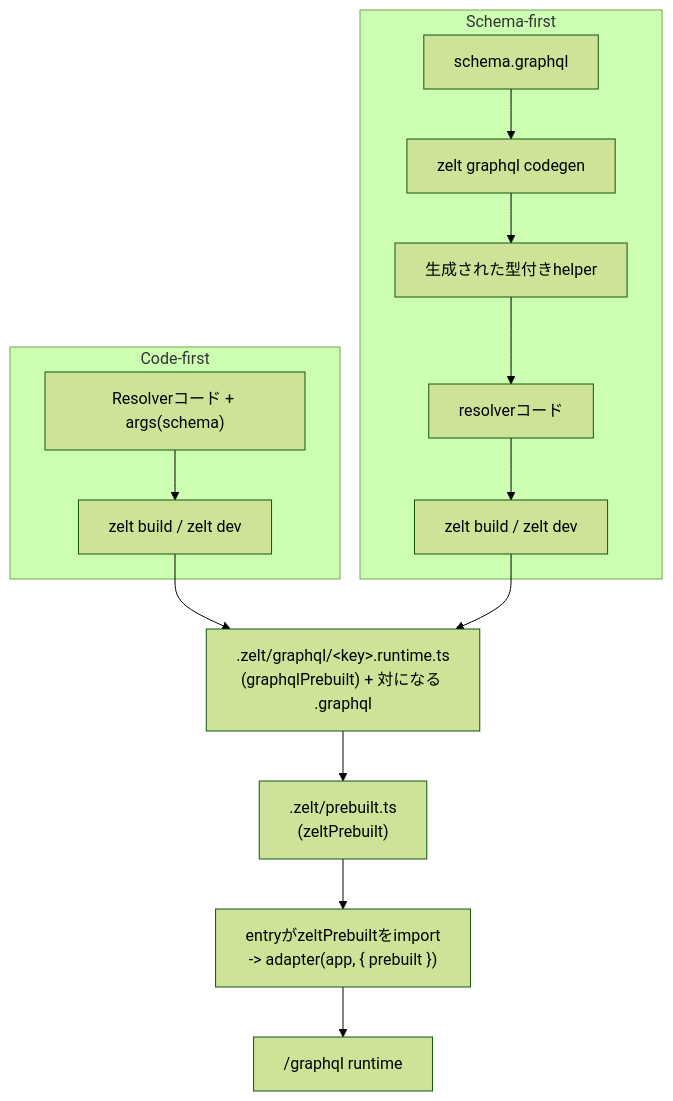
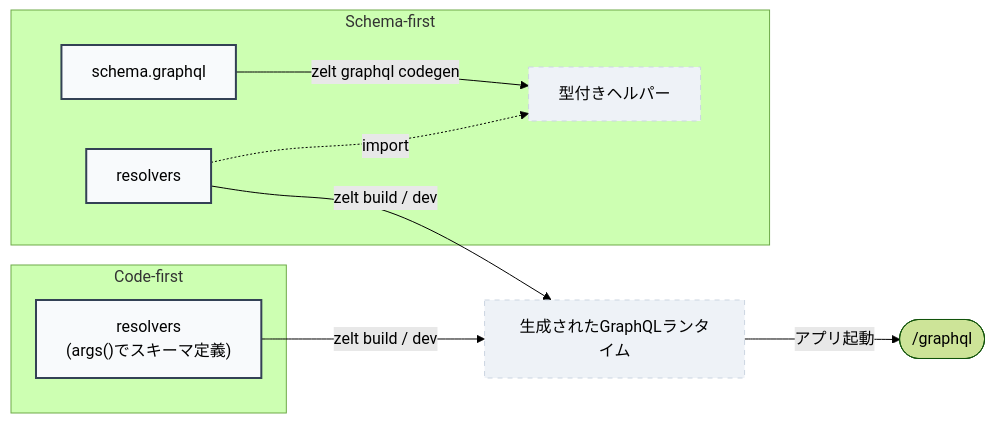
The diagram in website/i18n/ja/docusaurus-plugin-content-docs/current/graphql.md (zeltjs/zelt), drawn with Mermaid (forest theme) before and after one commit. The commit also changed 1 other file, not shown here.

Commit message:
docs(graphql): redesign build-flow diagram around user-edited sources
The previous diagram mixed user actions, commands and internal artifacts
as same-looking nodes, exposed .zelt/ paths and prebuilt wiring readers
never touch, and packed a pseudo-arrow into a node label. Redraw it from
the reader's perspective: solid nodes are sources you edit, dashed nodes
are generated artifacts, commands live on the edges that produce them,
and the tail collapses to the observable /graphql endpoint. A caption
states the regeneration rule since stale artifacts surface as errors.

Verified: precommit-verify ✓ (a71bce0bdebf2bf0)

````diff
--- a/website/i18n/ja/docusaurus-plugin-content-docs/current/graphql.md
+++ b/website/i18n/ja/docusaurus-plugin-content-docs/current/graphql.md
@@ -17,19 +17,17 @@
 ```mermaid
-flowchart TD
+flowchart LR
   subgraph CF["Code-first"]
-    CF1["Resolverコード + args(schema)"] --> CF2["zelt build / zelt dev"]
+    CFR["resolvers<br/>(args()でスキーマ定義)"]
   end
-
   subgraph SF["Schema-first"]
-    SF1["schema.graphql"] --> SF2["zelt graphql codegen"]
-    SF2 --> SF3["生成された型付きhelper"]
-    SF3 --> SF4["resolverコード"]
-    SF4 --> SF5["zelt build / zelt dev"]
+    SFS["schema.graphql"] -- "zelt graphql codegen" --> SFH["型付きヘルパー"]
+    SFR["resolvers"] -. "import" .-> SFH
   end
-
-  CF2 --> RT[".zelt/graphql/&lt;key&gt;.runtime.ts<br/>(graphqlPrebuilt) + 対になる .graphql"]
-  SF5 --> RT
-  RT --> PB[".zelt/prebuilt.ts<br/>(zeltPrebuilt)"]
-  PB --> ENTRY["entryがzeltPrebuiltをimport<br/>-> adapter(app, { prebuilt })"]
-  ENTRY --> RUNTIME["/graphql runtime"]
+  CFR -- "zelt build / dev" --> GRT["生成されたGraphQLランタイム"]
+  SFR -- "zelt build / dev" --> GRT
+  GRT -- "アプリ起動" --> EP(["/graphql"])
+  classDef sot fill:#f8fafc,stroke:#334155,stroke-width:2px
+  classDef gen fill:#eef2f7,stroke:#cbd5e1,stroke-dasharray:5 5
+  class CFR,SFS,SFR sot
+  class SFH,GRT gen
 ```
````
